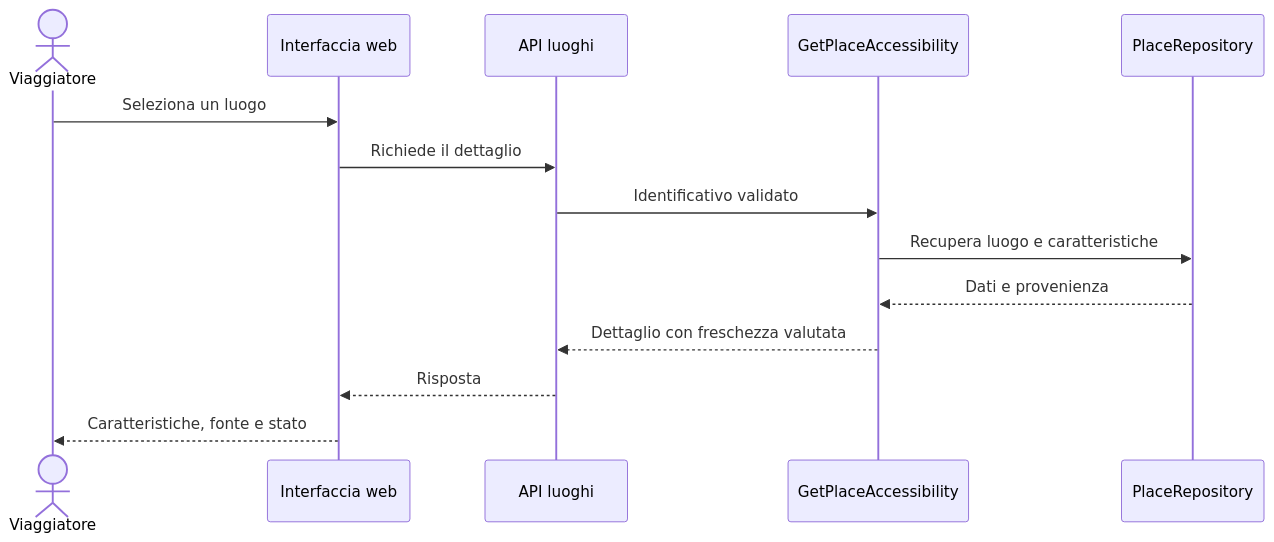
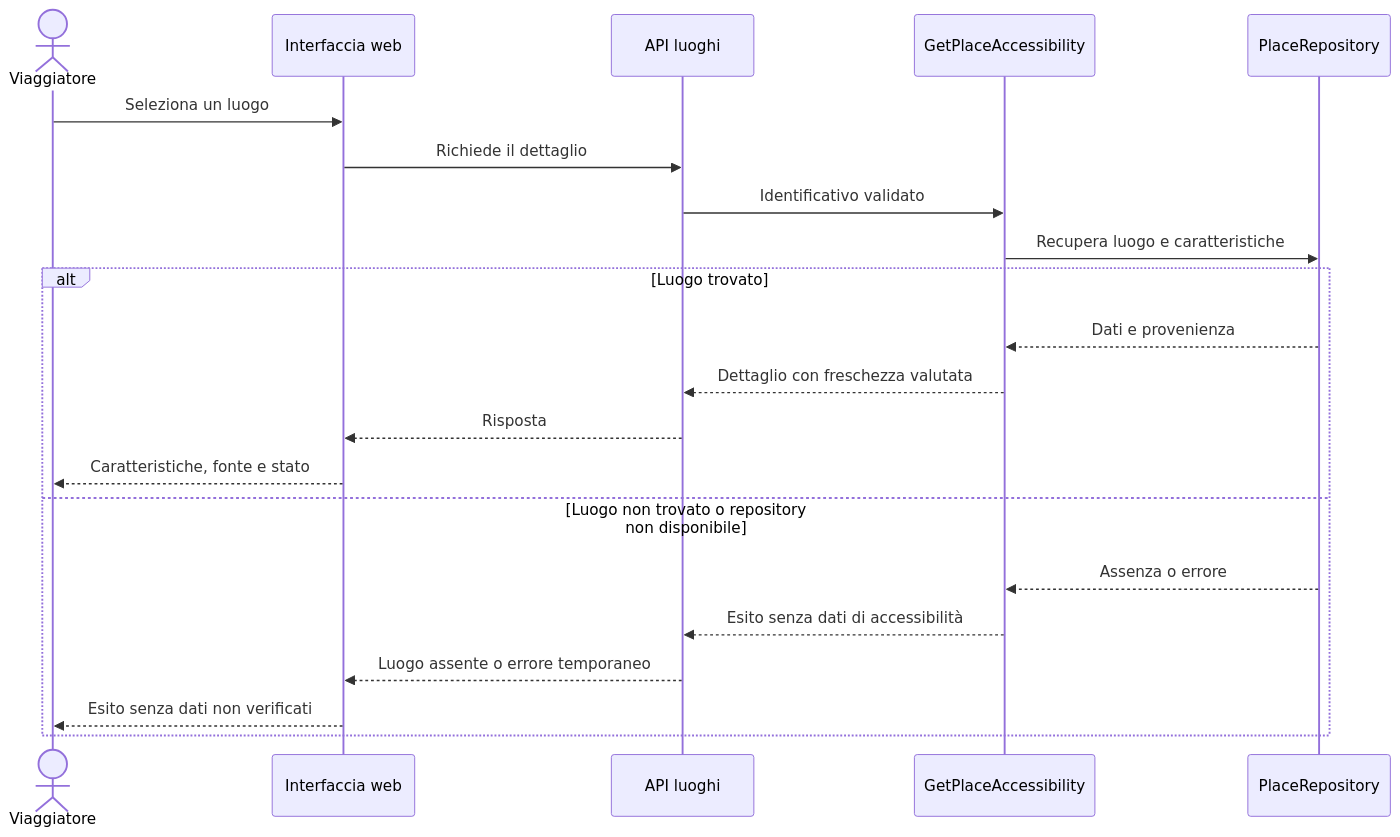
Before and after one commit to andreaplini/aegis: the fourth of 9 diagrams in docs/RAD.md, drawn with Mermaid. The commit also changed other lines of this file and 4 other files, not shown here.

````diff
--- a/docs/RAD.md
+++ b/docs/RAD.md
@@ -460,17 +473,24 @@
 ```mermaid
 sequenceDiagram
   accDescr: Il sistema recupera luogo e caratteristiche, poi restituisce stato, fonte e validità.
   actor V as Viaggiatore
   participant UI as Interfaccia web
   participant API as API luoghi
   participant UC as GetPlaceAccessibility
   participant Repo as PlaceRepository
   V->>UI: Seleziona un luogo
   UI->>API: Richiede il dettaglio
   API->>UC: Identificativo validato
   UC->>Repo: Recupera luogo e caratteristiche
-  Repo-->>UC: Dati e provenienza
-  UC-->>API: Dettaglio con freschezza valutata
-  API-->>UI: Risposta
-  UI-->>V: Caratteristiche, fonte e stato
+  alt Luogo trovato
+    Repo-->>UC: Dati e provenienza
+    UC-->>API: Dettaglio con freschezza valutata
+    API-->>UI: Risposta
+    UI-->>V: Caratteristiche, fonte e stato
+  else Luogo non trovato o repository non disponibile
+    Repo-->>UC: Assenza o errore
+    UC-->>API: Esito senza dati di accessibilità
+    API-->>UI: Luogo assente o errore temporaneo
+    UI-->>V: Esito senza dati non verificati
+  end
 ```
````
